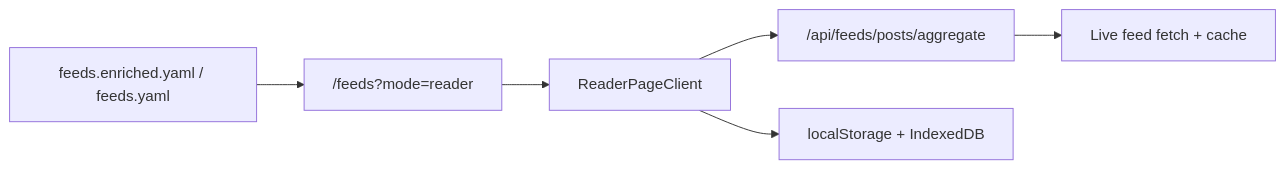
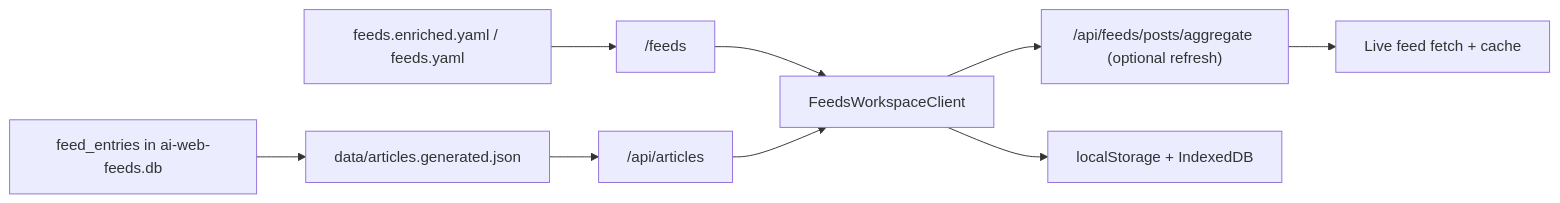
One commit to wyattowalsh/ai-web-feeds changed the diagram in apps/web/content/docs/features/reader.mdx. Above: the diagram before and after it, drawn with Mermaid. The commit also changed other lines of this file and 6 other files, not shown here.

Commit message:
docs(web): sync reader-first corpus workflow

````diff
--- a/apps/web/content/docs/features/reader.mdx
+++ b/apps/web/content/docs/features/reader.mdx
@@ -46,8 +50,11 @@
 ```mermaid
 flowchart LR
-    catalog["feeds.enriched.yaml / feeds.yaml"] --> route["/feeds?mode=reader"]
-    route --> ui["ReaderPageClient"]
-    ui --> aggregate["/api/feeds/posts/aggregate"]
+    catalog["feeds.enriched.yaml / feeds.yaml"] --> route["/feeds"]
+    runtime["feed_entries in ai-web-feeds.db"] --> corpus["data/articles.generated.json"]
+    corpus --> browse["/api/articles"]
+    route --> ui["FeedsWorkspaceClient"]
+    browse --> ui
+    ui --> aggregate["/api/feeds/posts/aggregate (optional refresh)"]
     aggregate --> fetch["Live feed fetch + cache"]
     ui --> local["localStorage + IndexedDB"]
 ```
````
